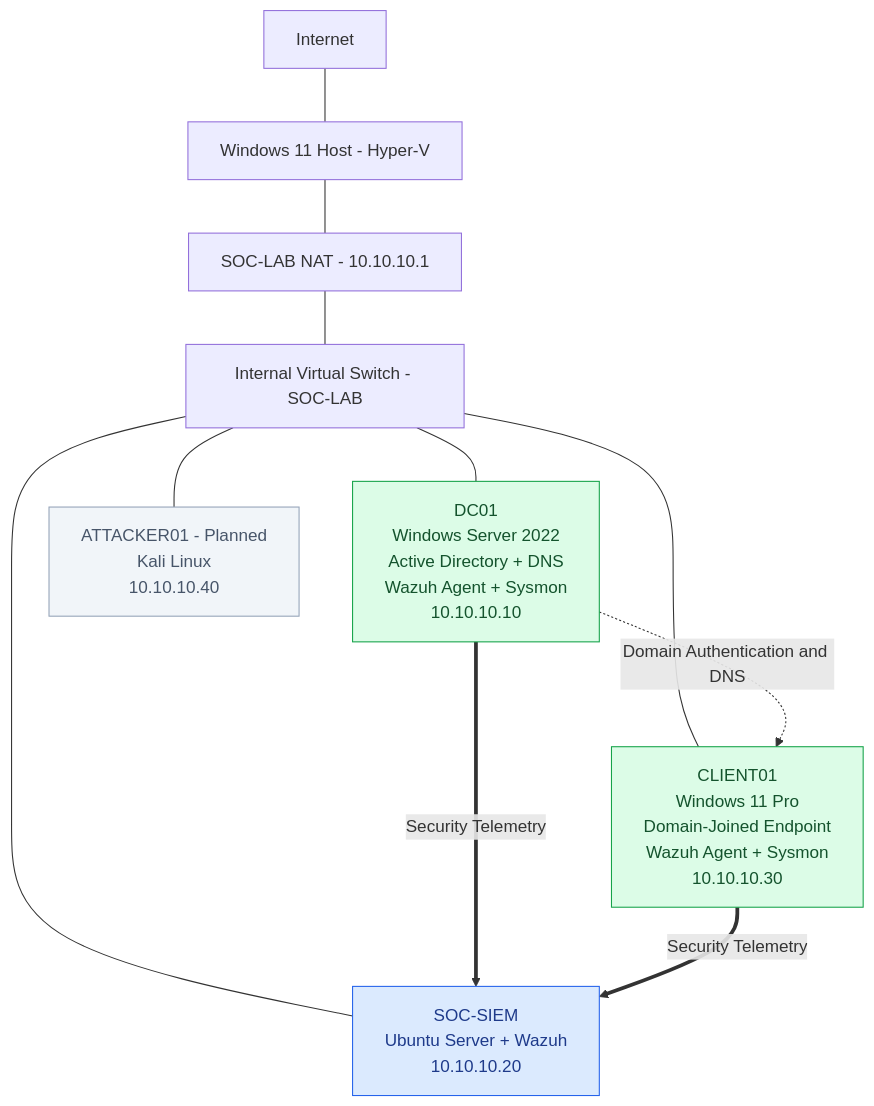
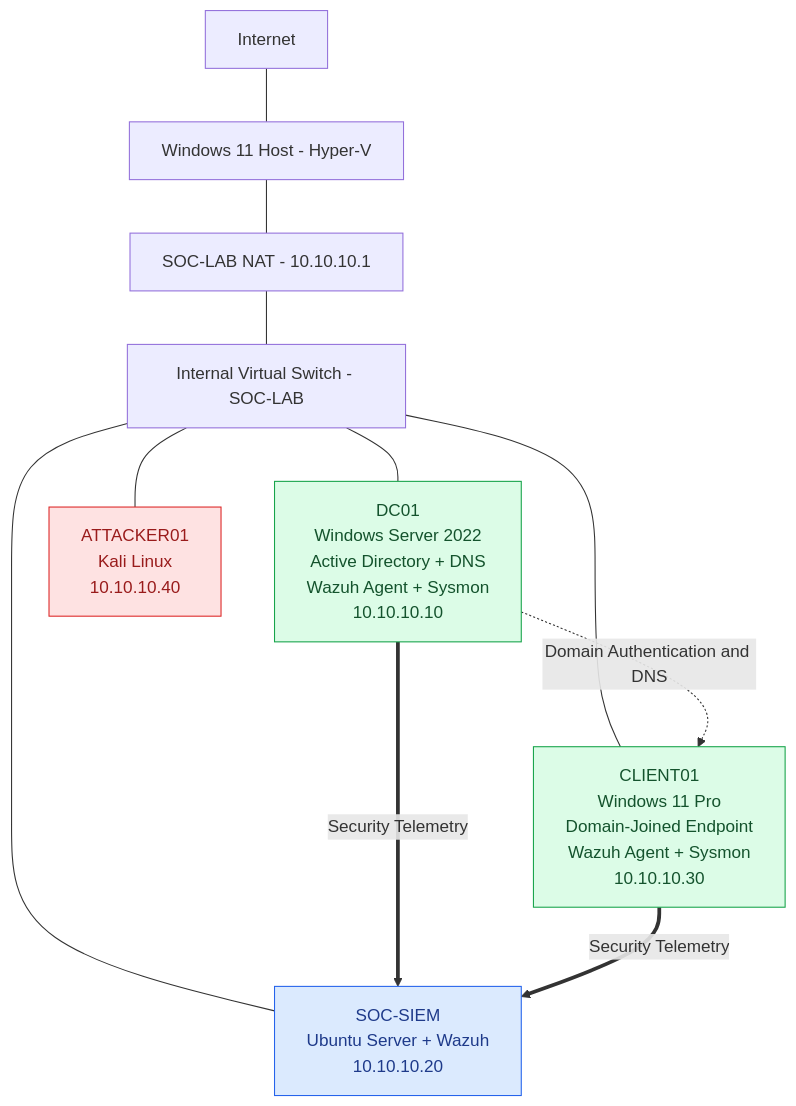
One commit to ImZeek/SOC-Homelab changed the diagram in README.md. Above: the diagram before and after it, drawn with Mermaid. The commit also changed other lines of this file, not shown here.

````diff
--- a/README.md
+++ b/README.md
@@ -52,28 +52,28 @@
 ```mermaid
 flowchart TD
     INTERNET[Internet]
     HOST[Windows 11 Host - Hyper-V]
     NAT[SOC-LAB NAT - 10.10.10.1]
     SWITCH[Internal Virtual Switch - SOC-LAB]
 
     INTERNET --- HOST
     HOST --- NAT
     NAT --- SWITCH
 
     SWITCH --- SIEM["SOC-SIEM<br/>Ubuntu Server + Wazuh<br/>10.10.10.20"]
     SWITCH --- DC["DC01<br/>Windows Server 2022<br/>Active Directory + DNS<br/>Wazuh Agent + Sysmon<br/>10.10.10.10"]
     SWITCH --- CLIENT["CLIENT01<br/>Windows 11 Pro<br/>Domain-Joined Endpoint<br/>Wazuh Agent + Sysmon<br/>10.10.10.30"]
-    SWITCH --- KALI["ATTACKER01 - Planned<br/>Kali Linux<br/>10.10.10.40"]
+    SWITCH --- KALI["ATTACKER01<br/>Kali Linux<br/>10.10.10.40"]
 
     DC -.->|Domain Authentication and DNS| CLIENT
     DC ==>|Security Telemetry| SIEM
     CLIENT ==>|Security Telemetry| SIEM
 
     classDef operational fill:#dcfce7,stroke:#16a34a,color:#14532d
     classDef monitoring fill:#dbeafe,stroke:#2563eb,color:#1e3a8a
-    classDef planned fill:#f1f5f9,stroke:#94a3b8,color:#475569
+    classDef attacker fill:#fee2e2,stroke:#dc2626,color:#991b1b
 
     class DC,CLIENT operational
     class SIEM monitoring
-    class KALI planned
+    class KALI attacker
 ```
````
